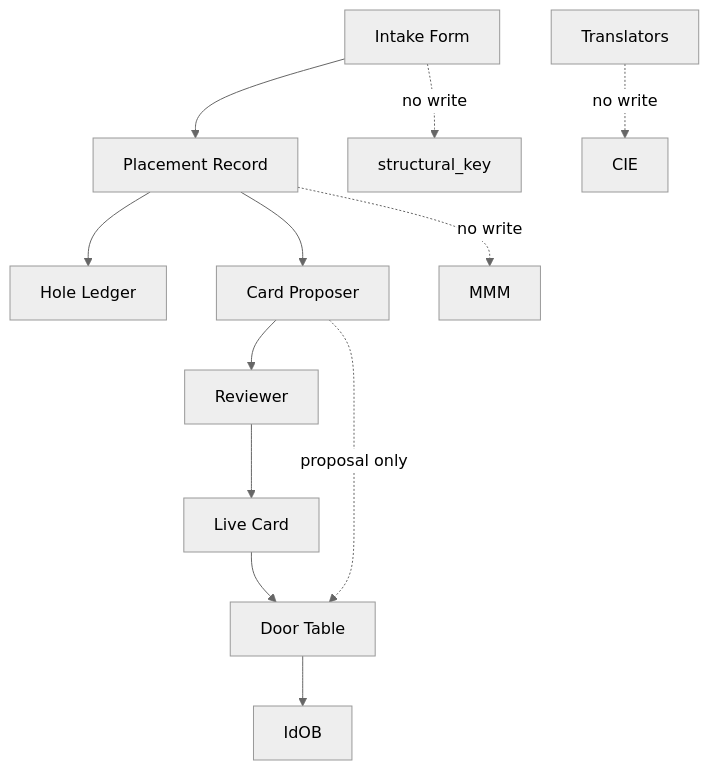
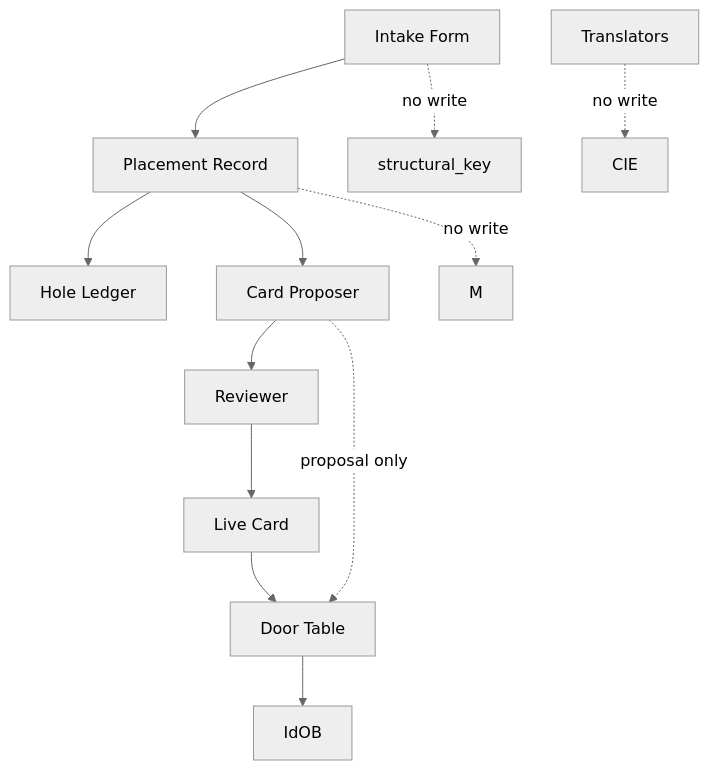
The second of 2 diagrams in thought_simulator/requirements_20/20.31.730_crossing_pack.md (CuriousOne23/WhenMathPrays), drawn with Mermaid (neutral theme) before and after one commit. The commit also changed other lines of this file, not shown here.

````diff
--- a/thought_simulator/requirements_20/20.31.730_crossing_pack.md
+++ b/thought_simulator/requirements_20/20.31.730_crossing_pack.md
@@ -120,15 +126,15 @@
 ```mermaid
 flowchart TD
-  IF[Intake Form] --> PR[Placement Record]
-  PR --> HL[Hole Ledger]
-  PR --> CP[Card Proposer]
-  CP --> RV[Reviewer]
-  RV --> LC[Live Card]
-  LC --> DT[Door Table]
-  DT --> ID[IdOB]
+  intake[Intake Form] --> placement[Placement Record]
+  placement --> hole[Hole Ledger]
+  placement --> proposer[Card Proposer]
+  proposer --> reviewer[Reviewer]
+  reviewer --> livecard[Live Card]
+  livecard --> door[Door Table]
+  door --> idob[IdOB]
 
-  IF -. no write .-> SK[structural_key]
-  PR -. no write .-> MMM[MMM]
-  CP -. proposal only .-> DT
-  TR[Translators] -. no write .-> CIE[CIE]
+  intake -.->|no write| sk[structural_key]
+  placement -.->|no write| m[M]
+  proposer -.->|proposal only| door
+  translators[Translators] -.->|no write| cie[CIE]
 ```
````
